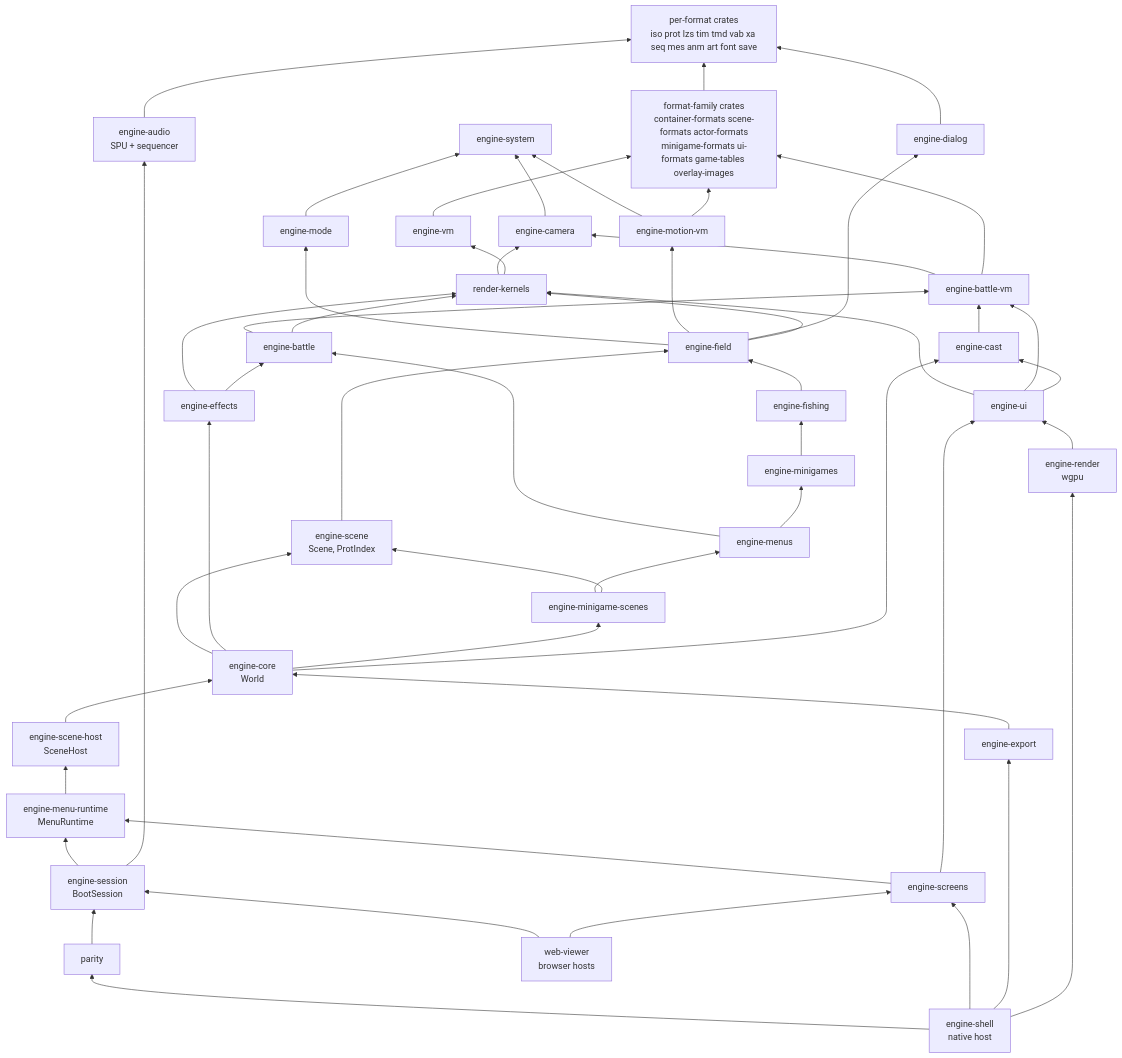
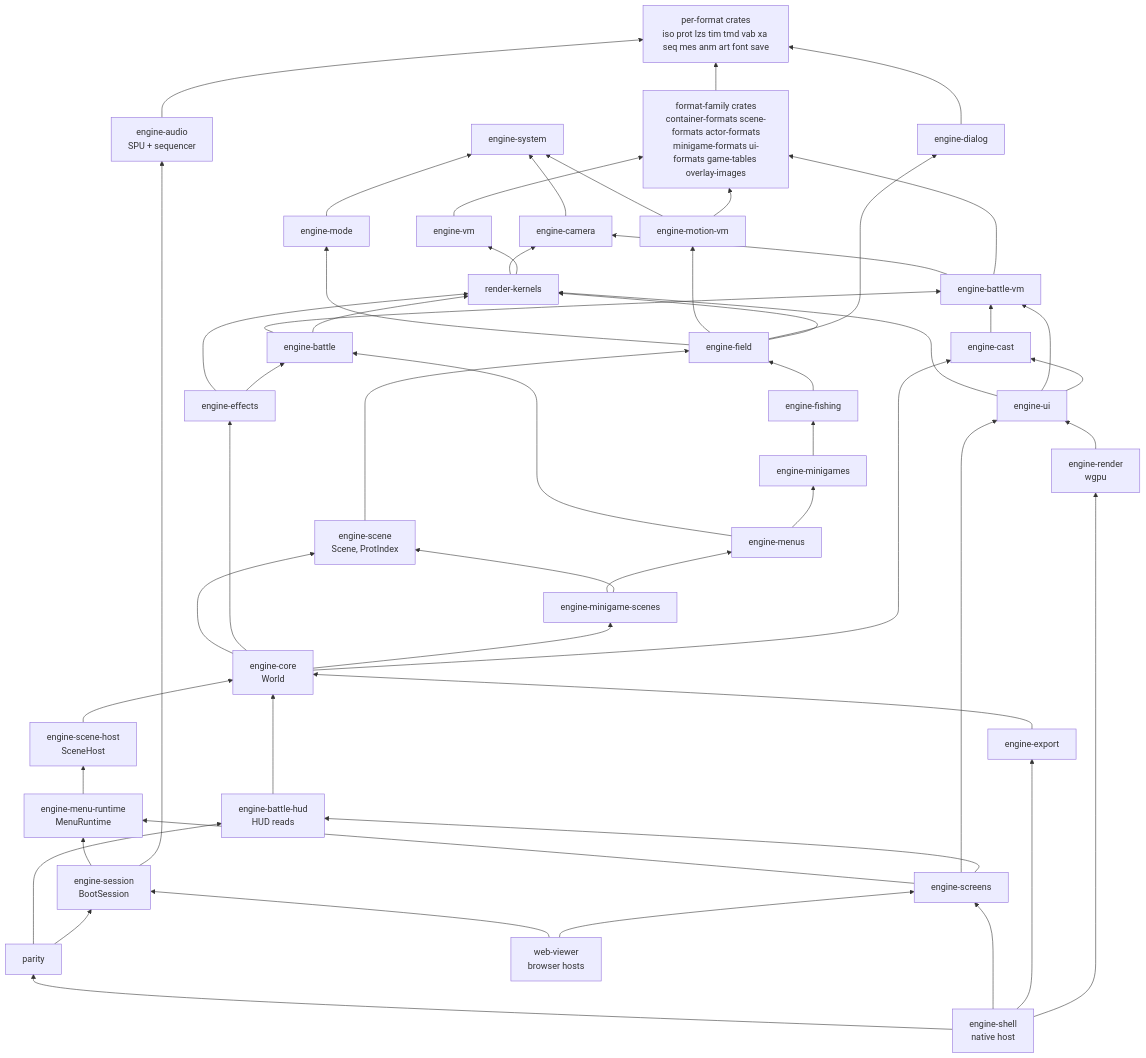
Before and after one commit to AndrewAltimit/legend-of-legaia-re: the first of 4 diagrams in docs/subsystems/engine.md, drawn with Mermaid. The commit also changed other lines of this file and 86 other files, not shown here.

```diff
--- a/docs/subsystems/engine.md
+++ b/docs/subsystems/engine.md
@@ -62,6 +62,7 @@
     CORE["engine-core<br/>World"]
     SH["engine-scene-host<br/>SceneHost"]
     MR["engine-menu-runtime<br/>MenuRuntime"]
+    BHUD["engine-battle-hud<br/>HUD reads"]
     EUI["engine-ui"]
     EREN["engine-render<br/>wgpu"]
     EAUD["engine-audio<br/>SPU + sequencer"]
@@ -110,10 +111,13 @@
     EAUD --> FMT
     SH --> CORE
     MR --> SH
+    BHUD --> CORE
     SESS --> MR
     SESS --> EAUD
     SCR --> MR
     SCR --> EUI
+    SCR --> BHUD
+    PAR --> BHUD
     PAR --> SESS
     SHELL --> PAR
     SHELL --> SCR
```
